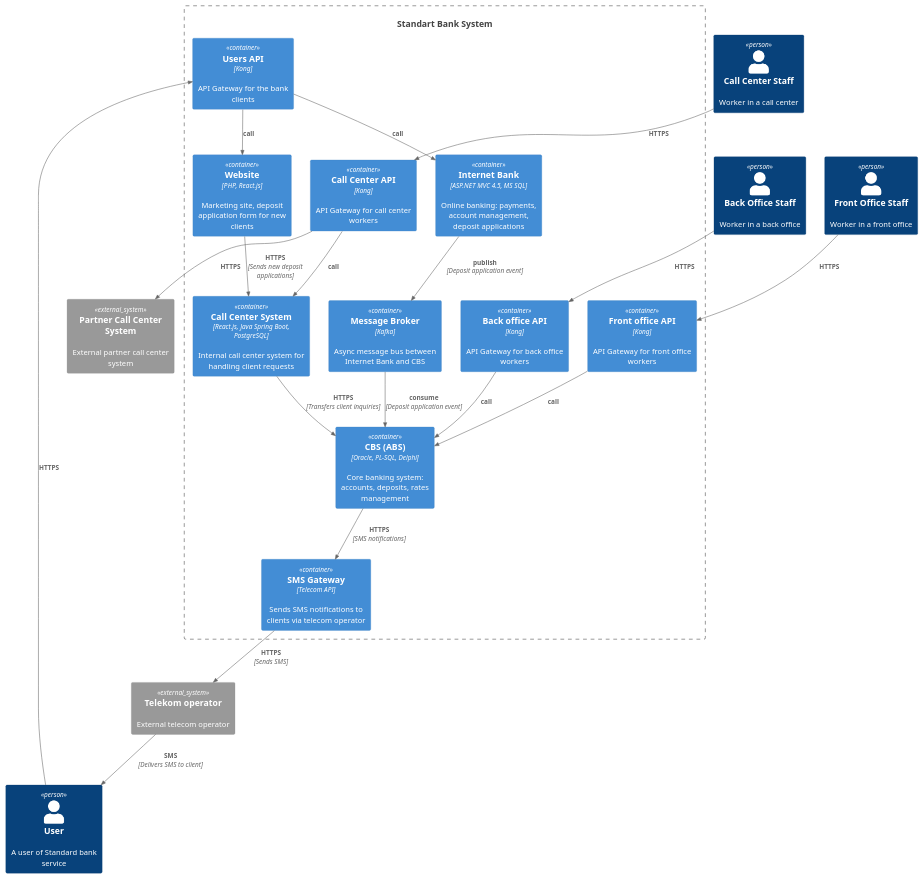
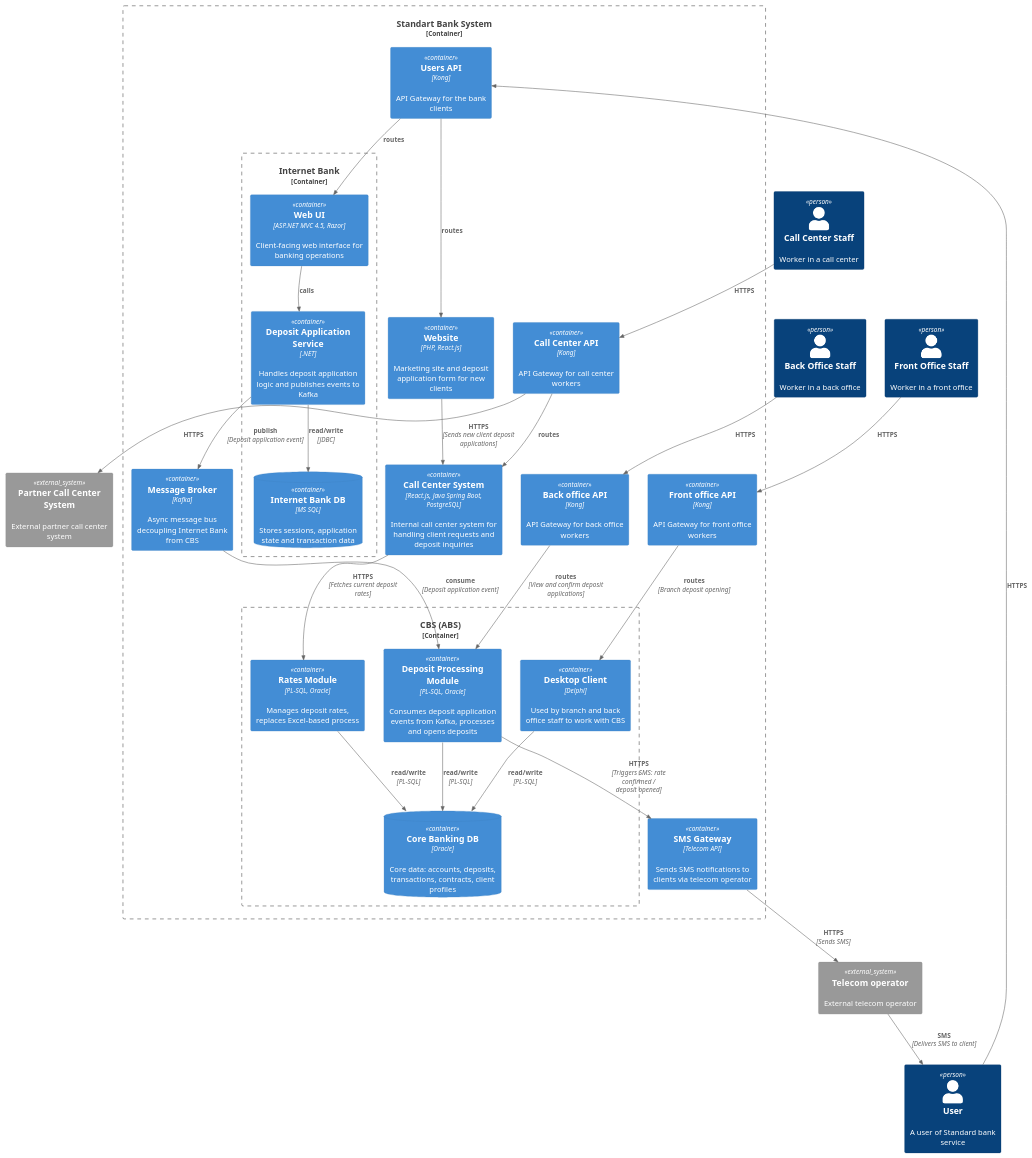
One commit to Moulten/architecture-standart changed the diagram in Task3/Schemas/Container_C4.puml. Above: the diagram before and after it, drawn with PlantUML. The commit also changed 1 other file, not shown here.

Commit message:
Task3: add Context C4 diagram, detail Internet Bank and CBS in Container diagram

```diff
--- a/Task3/Schemas/Container_C4.puml
+++ b/Task3/Schemas/Container_C4.puml
@@ -1,52 +1,82 @@
 @startuml
 
 top to bottom direction
 
 !include https://raw.githubusercontent.com/plantuml-stdlib/C4-PlantUML/master/C4_Container.puml
 
 Person(user, "User", "A user of Standard bank service")
 Person(backOfficeStaff, "Back Office Staff", "Worker in a back office")
 Person(frontOfficeStaff, "Front Office Staff", "Worker in a front office")
 Person(callCenterStaff, "Call Center Staff", "Worker in a call center")
 
-System(standartBankSystem, "Standart Bank System")
 System_Ext(partnerCallCenterSystem, "Partner Call Center System", "External partner call center system")
-System_Ext(telecom, "Telekom operator", "External telecom operator")
+System_Ext(telecom, "Telecom operator", "External telecom operator")
 
 Container_Boundary(standartBankSystem, "Standart Bank System") {
+
     Container(api, "Users API", "Kong", "API Gateway for the bank clients")
     Container(apiBack, "Back office API", "Kong", "API Gateway for back office workers")
     Container(apiFront, "Front office API", "Kong", "API Gateway for front office workers")
     Container(apiCallCenter, "Call Center API", "Kong", "API Gateway for call center workers")
 
-    Container(website, "Website", "PHP, React.js", "Marketing site, deposit application form for new clients")
-    Container(onlineBanking, "Internet Bank", "ASP.NET MVC 4.5, MS SQL", "Online banking: payments, account management, deposit applications")
-    Container(kafka, "Message Broker", "Kafka", "Async message bus between Internet Bank and CBS")
-    Container(bankingSystem, "CBS (ABS)", "Oracle, PL-SQL, Delphi", "Core banking system: accounts, deposits, rates management")
-    Container(callCenterCrm, "Call Center System", "React.js, Java Spring Boot, PostgreSQL", "Internal call center system for handling client requests")
+    Container(website, "Website", "PHP, React.js", "Marketing site and deposit application form for new clients")
+
+    Container_Boundary(internetBankBoundary, "Internet Bank") {
+        Container(webUI, "Web UI", "ASP.NET MVC 4.5, Razor", "Client-facing web interface for banking operations")
+        Container(depositService, "Deposit Application Service", ".NET", "Handles deposit application logic and publishes events to Kafka")
+        ContainerDb(ibDatabase, "Internet Bank DB", "MS SQL", "Stores sessions, application state and transaction data")
+    }
+
+    Container(kafka, "Message Broker", "Kafka", "Async message bus decoupling Internet Bank from CBS")
+
+    Container_Boundary(cbsBoundary, "CBS (ABS)") {
+        Container(delphiClient, "Desktop Client", "Delphi", "Used by branch and back office staff to work with CBS")
+        Container(ratesModule, "Rates Module", "PL-SQL, Oracle", "Manages deposit rates, replaces Excel-based process")
+        Container(depositProcessing, "Deposit Processing Module", "PL-SQL, Oracle", "Consumes deposit application events from Kafka, processes and opens deposits")
+        ContainerDb(oracleDb, "Core Banking DB", "Oracle", "Core data: accounts, deposits, transactions, contracts, client profiles")
+    }
+
+    Container(callCenterSystem, "Call Center System", "React.js, Java Spring Boot, PostgreSQL", "Internal call center system for handling client requests and deposit inquiries")
     Container(smsGateway, "SMS Gateway", "Telecom API", "Sends SMS notifications to clients via telecom operator")
+
 }
 
+' Users to API Gateways
 Rel(user, api, "HTTPS")
 Rel(backOfficeStaff, apiBack, "HTTPS")
 Rel(frontOfficeStaff, apiFront, "HTTPS")
 Rel(callCenterStaff, apiCallCenter, "HTTPS")
 
-Rel(api, website, "call")
-Rel(api, onlineBanking, "call")
-Rel(apiBack, bankingSystem, "call")
-Rel(apiFront, bankingSystem, "call")
-Rel(apiCallCenter, callCenterCrm, "call")
+' API Gateway routing
+Rel(api, website, "routes")
+Rel(api, webUI, "routes")
+Rel(apiBack, depositProcessing, "routes", "View and confirm deposit applications")
+Rel(apiFront, delphiClient, "routes", "Branch deposit opening")
+Rel(apiCallCenter, callCenterSystem, "routes")
 Rel(apiCallCenter, partnerCallCenterSystem, "HTTPS")
 
-Rel(website, callCenterCrm, "HTTPS", "Sends new deposit applications")
-Rel(onlineBanking, kafka, "publish", "Deposit application event")
-Rel(kafka, bankingSystem, "consume", "Deposit application event")
+' Internet Bank internals
+Rel(webUI, depositService, "calls")
+Rel(depositService, ibDatabase, "read/write", "JDBC")
+Rel(depositService, kafka, "publish", "Deposit application event")
 
-Rel(callCenterCrm, bankingSystem, "HTTPS", "Transfers client inquiries")
+' Kafka to CBS
+Rel(kafka, depositProcessing, "consume", "Deposit application event")
 
-Rel(bankingSystem, smsGateway, "HTTPS", "SMS notifications")
+' CBS internals
+Rel(depositProcessing, oracleDb, "read/write", "PL-SQL")
+Rel(ratesModule, oracleDb, "read/write", "PL-SQL")
+Rel(delphiClient, oracleDb, "read/write", "PL-SQL")
+
+' Website to Call Center System
+Rel(website, callCenterSystem, "HTTPS", "Sends new client deposit applications")
+
+' Call Center to CBS rates
+Rel(callCenterSystem, ratesModule, "HTTPS", "Fetches current deposit rates")
+
+' SMS flow
+Rel(depositProcessing, smsGateway, "HTTPS", "Triggers SMS: rate confirmed / deposit opened")
 Rel(smsGateway, telecom, "HTTPS", "Sends SMS")
 Rel(telecom, user, "SMS", "Delivers SMS to client")
 
 @enduml
```
